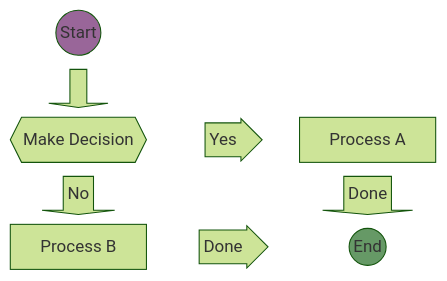
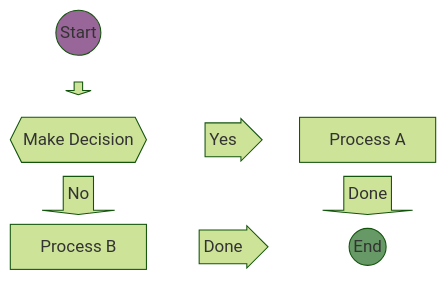
Before and after one commit to mermaid-js/mermaid: diagram 25 of 28 in docs/syntax/block.md, drawn with Mermaid (forest theme). The commit also changed other lines of this file and 4 other files, not shown here.

````diff
--- a/docs/syntax/block.md
+++ b/docs/syntax/block.md
@@ -621,13 +603,13 @@
 ```mermaid
 block-beta
   columns 3
   Start(("Start")) space:2
-  down<["&nbsp;&nbsp;"]>(down) space:2
+  down<[" "]>(down) space:2
   Decision{{"Make Decision"}} right<["Yes"]>(right) Process1["Process A"]
   downAgain<["No"]>(down) space r3<["Done"]>(down)
   Process2["Process B"] r2<["Done"]>(right) End(("End"))
 
   style Start fill:#969;
   style End fill:#696;
 
 ```
````
